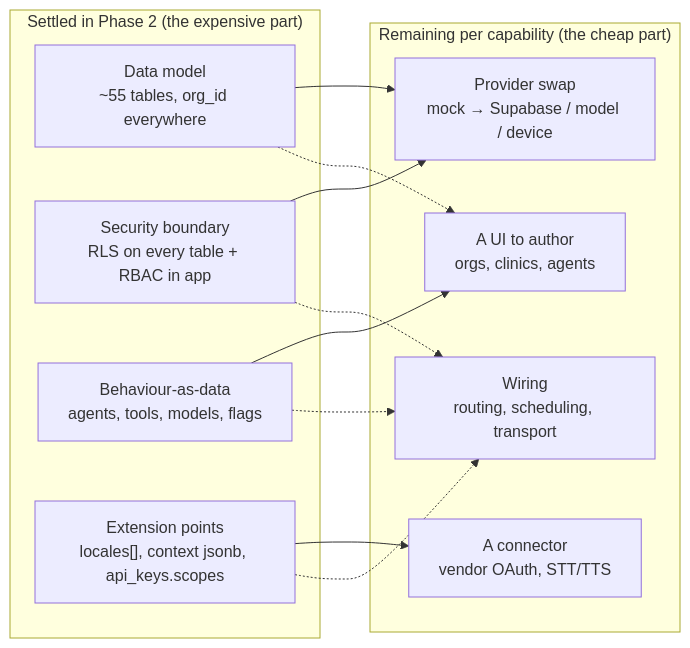
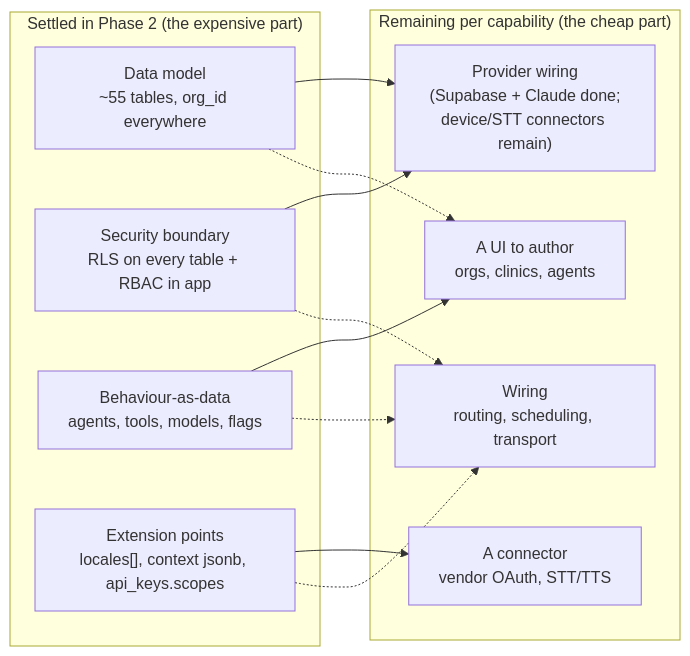
The diagram in docs/architecture/11-scalability.md (jayjay77uk/Juice-doctor), drawn with Mermaid before and after one commit. The commit also changed other lines of this file and 84 other files, not shown here.

````diff
--- a/docs/architecture/11-scalability.md
+++ b/docs/architecture/11-scalability.md
@@ -72,23 +72,23 @@
 ```mermaid
 flowchart LR
   subgraph Settled["Settled in Phase 2 (the expensive part)"]
     A["Data model<br/>~55 tables, org_id everywhere"]
     B["Security boundary<br/>RLS on every table + RBAC in app"]
     C["Behaviour-as-data<br/>agents, tools, models, flags"]
     D["Extension points<br/>locales[], context jsonb, api_keys.scopes"]
   end
   subgraph Remaining["Remaining per capability (the cheap part)"]
-    E["Provider swap<br/>mock → Supabase / model / device"]
+    E["Provider wiring<br/>(Supabase + Claude done;<br/>device/STT connectors remain)"]
     F["A UI to author<br/>orgs, clinics, agents"]
     G["A connector<br/>vendor OAuth, STT/TTS"]
     H["Wiring<br/>routing, scheduling, transport"]
   end
   A --> E
   B --> E
   C --> F
   D --> G
   A -.-> F
   B -.-> H
   C -.-> H
   D -.-> H
 ```
````
